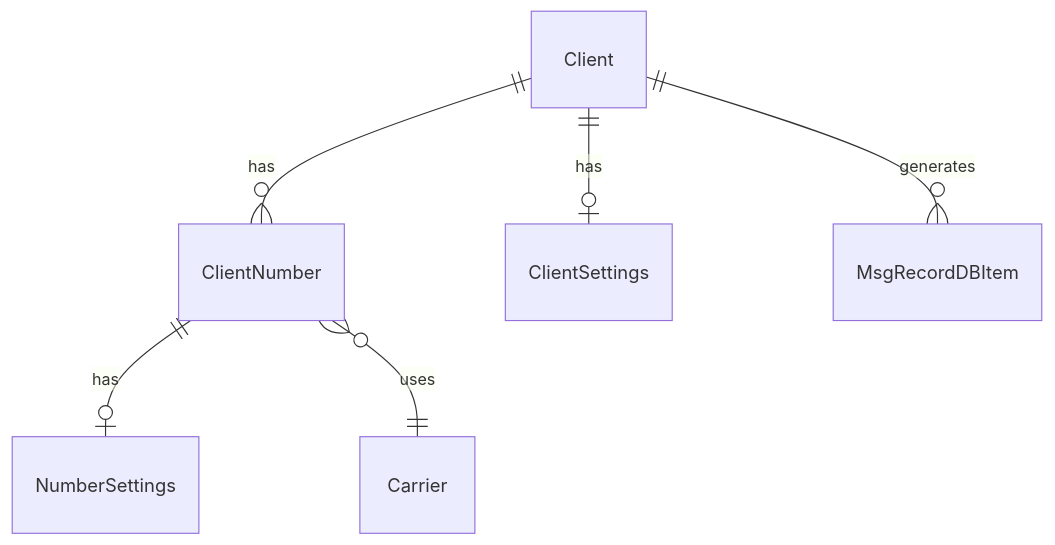
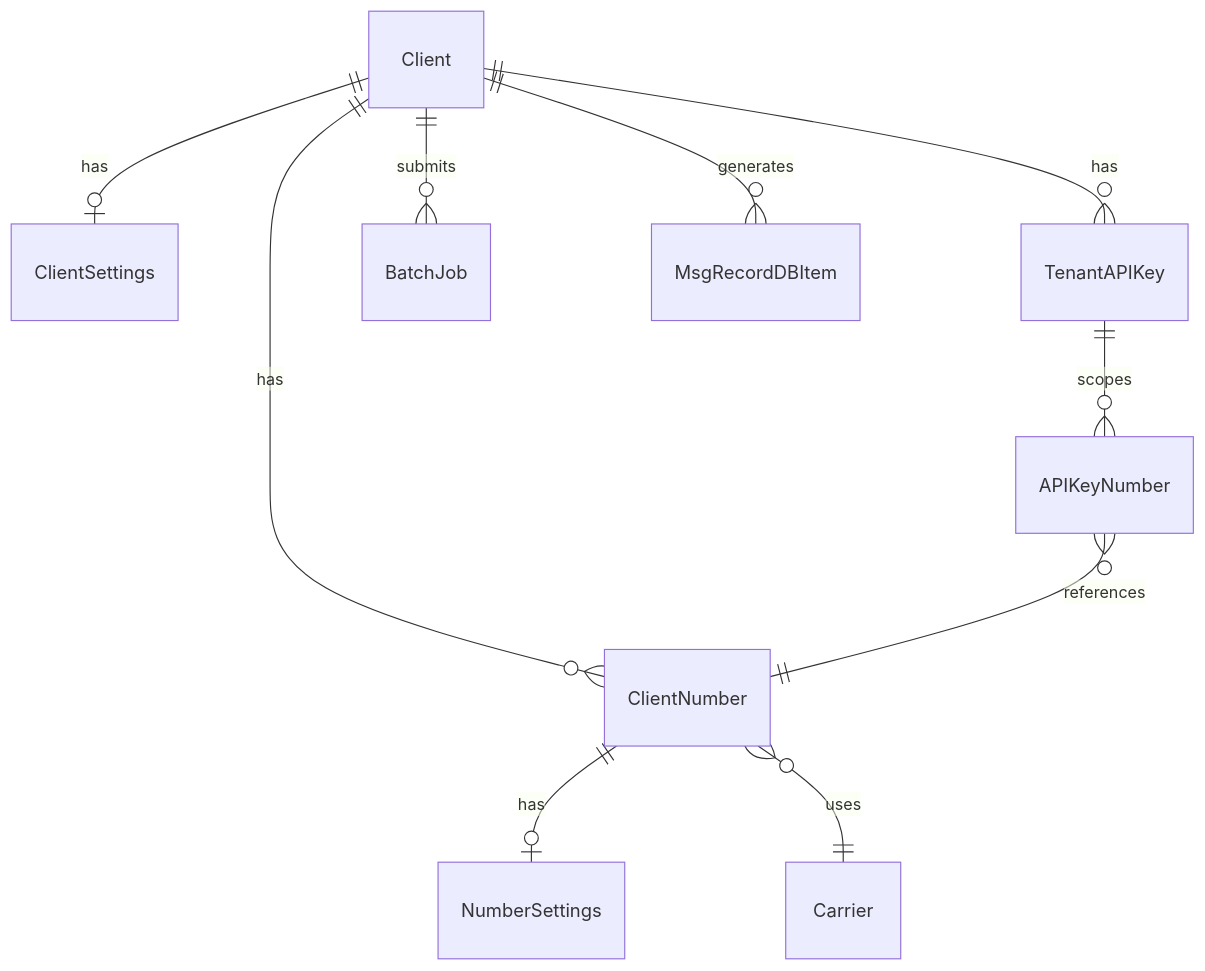
Before and after one commit to sagostin/gomsggw: the diagram in docs/data_models.md, drawn with Mermaid. The commit also changed other lines of this file and 21 other files, not shown here.

````diff
--- a/docs/data_models.md
+++ b/docs/data_models.md
@@ -9,8 +9,12 @@
 ```mermaid
 erDiagram
     Client ||--o{ ClientNumber : has
     Client ||--o| ClientSettings : has
+    Client ||--o{ TenantAPIKey : has
+    Client ||--o{ BatchJob : submits
     ClientNumber ||--o| NumberSettings : has
     ClientNumber }o--|| Carrier : uses
+    TenantAPIKey ||--o{ APIKeyNumber : scopes
+    APIKeyNumber }o--|| ClientNumber : references
     Client ||--o{ MsgRecordDBItem : generates
 ```
````
